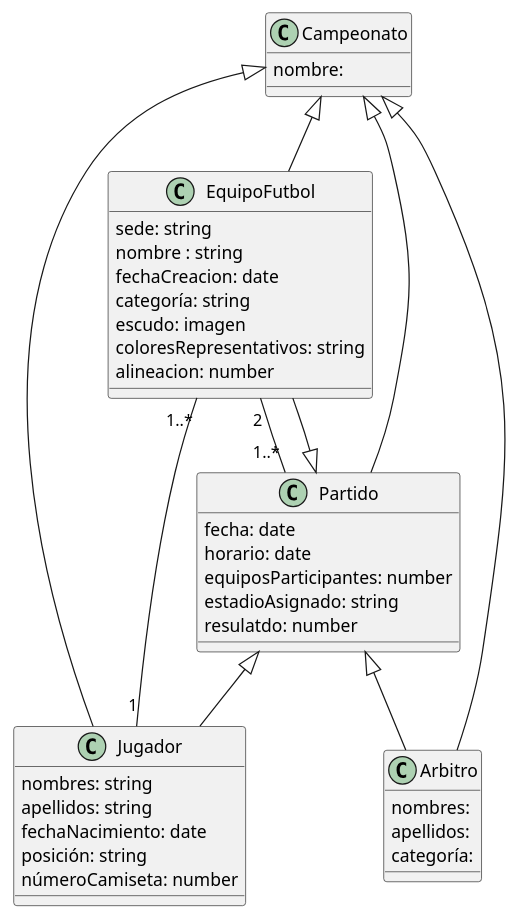
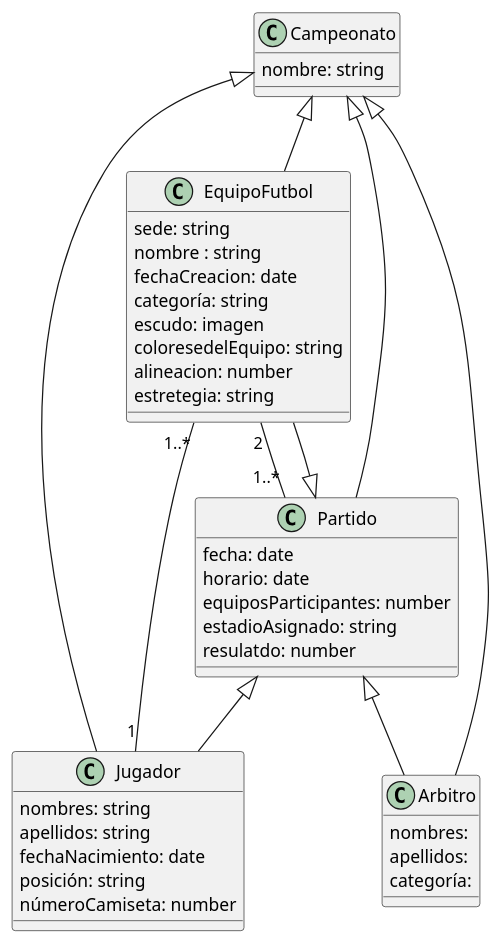
One commit to GabrielCarriel1/GestionCampeonato changed the diagram in SistemaCampeonatoFutbol/Plantilla-uml/Sistema-campeonato.puml. Above: the diagram before and after it, drawn with PlantUML. The commit also changed 1 other file, not shown here.

```diff
--- a/SistemaCampeonatoFutbol/Plantilla-uml/Sistema-campeonato.puml
+++ b/SistemaCampeonatoFutbol/Plantilla-uml/Sistema-campeonato.puml
@@ -1,56 +1,56 @@
 @startuml sistema de gestion campeonato de fútbol
 
 class Campeonato {
-nombre: 
-
+nombre: string 
 }
 
 class EquipoFutbol {
 sede: string
 nombre : string
 fechaCreacion: date
 categoría: string
 escudo: imagen
-coloresRepresentativos: string
+coloresedelEquipo: string
 alineacion: number
+estretegia: string
 }
 
  class Jugador {
 nombres: string
 apellidos: string
 fechaNacimiento: date
 posición: string
 númeroCamiseta: number 
 }
 
 class  Arbitro {
 nombres:
 apellidos:
 categoría:
 
 }
 
 class Partido  {
 fecha: date 
 horario: date
 equiposParticipantes: number
 estadioAsignado: string
 resulatdo: number
 
 }
 
 Campeonato <|-- EquipoFutbol
 Campeonato <|-- Jugador
 Campeonato <|-- Arbitro
 Campeonato <|-- Partido
 
 Partido <|-- EquipoFutbol
 Partido <|-- Arbitro
 Partido <|-- Jugador
 
 Jugador "1" -- "1..*" EquipoFutbol
 EquipoFutbol "2" -- "1..*" Partido
 
 
 
 @enduml
```
